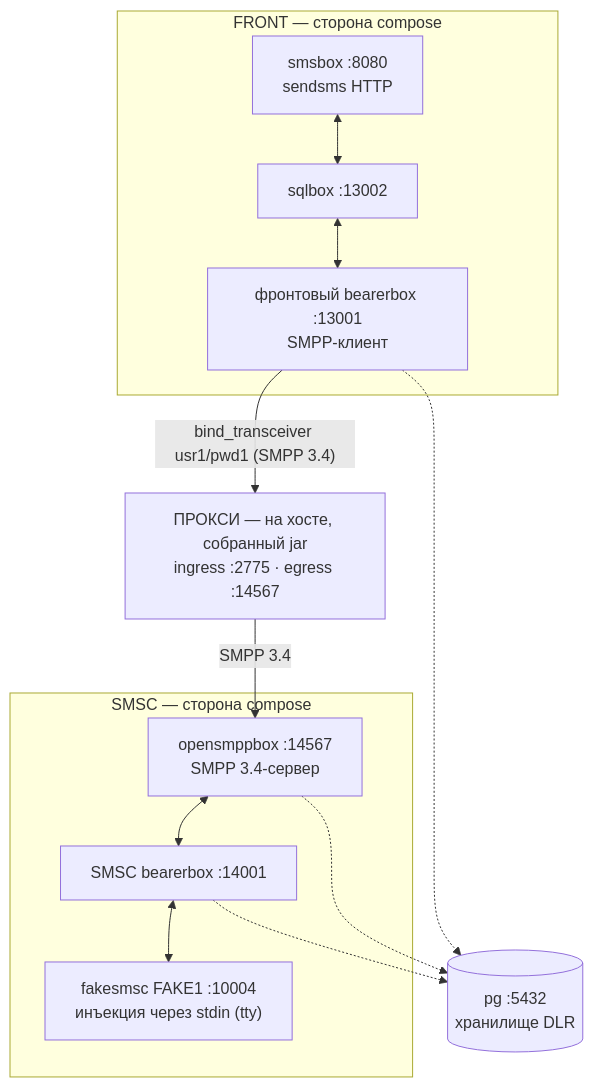
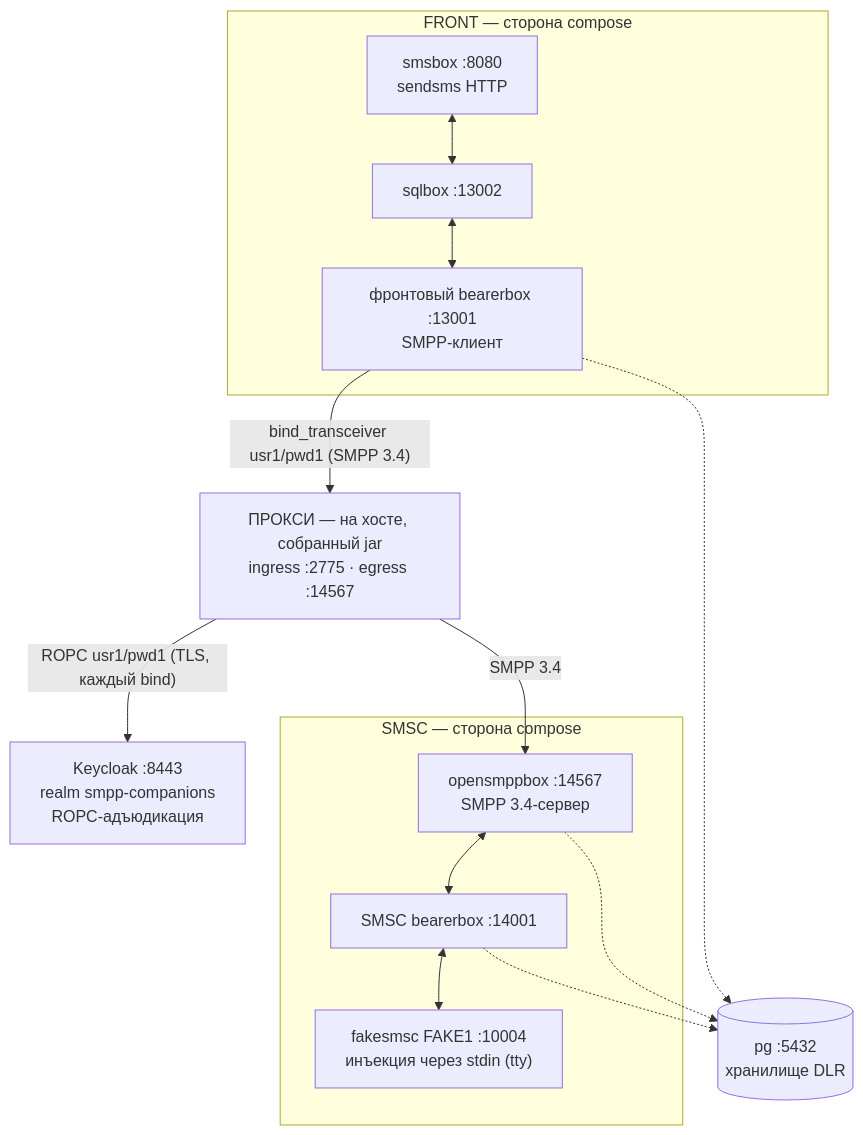
One commit to ildarsharafutdinov/smpp-companions changed the diagram in sandbox/README.ru.md. Above: the diagram before and after it, drawn with Mermaid. The commit also changed other lines of this file and 9 other files, not shown here.

````diff
--- a/sandbox/README.ru.md
+++ b/sandbox/README.ru.md
@@ -30,28 +35,30 @@
 ```mermaid
 flowchart TD
     subgraph front["FRONT — сторона compose"]
         smsbox["smsbox :8080<br/>sendsms HTTP"]
         sqlbox["sqlbox :13002"]
         fbearer["фронтовый bearerbox :13001<br/>SMPP-клиент"]
     end
 
     proxy["ПРОКСИ — на хосте, собранный jar<br/>ingress :2775 · egress :14567"]
 
     subgraph smsc["SMSC — сторона compose"]
         osmpp["opensmppbox :14567<br/>SMPP 3.4-сервер"]
         sbearer["SMSC bearerbox :14001"]
         fake["fakesmsc FAKE1 :10004<br/>инъекция через stdin (tty)"]
     end
 
+    keycloak["Keycloak :8443<br/>realm smpp-companions<br/>ROPC-адъюдикация"]
     pg[("pg :5432<br/>хранилище DLR")]
 
     smsbox <--> sqlbox
     sqlbox <--> fbearer
     fbearer -- "bind_transceiver usr1/pwd1 (SMPP 3.4)" --> proxy
+    proxy -- "ROPC usr1/pwd1 (TLS, каждый bind)" --> keycloak
     proxy -- "SMPP 3.4" --> osmpp
     osmpp <--> sbearer
     sbearer <--> fake
     fbearer -.-> pg
     osmpp -.-> pg
     sbearer -.-> pg
 ```
````
